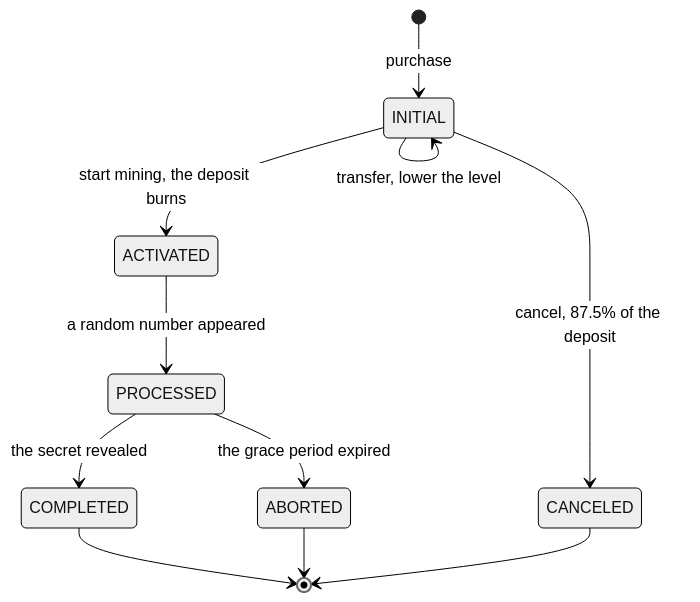
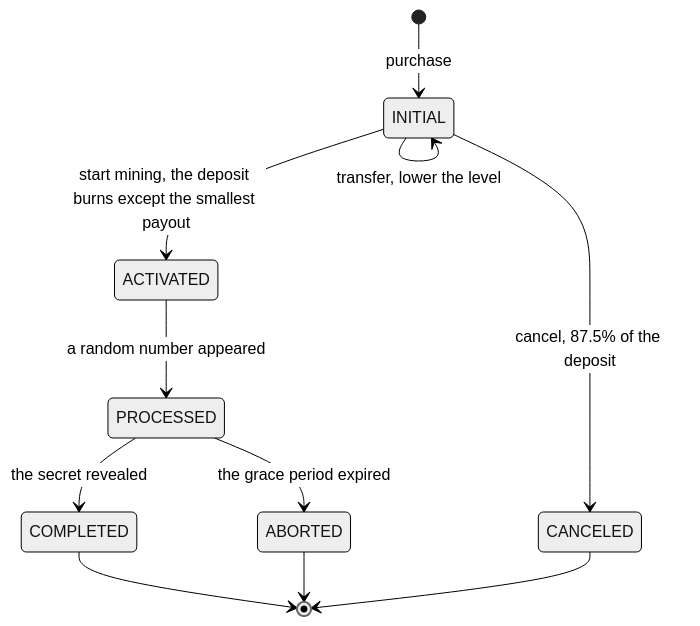
One commit to prdx-admin/prdx-docs changed the second of 4 diagrams in en/docs.md. Above: the diagram before and after it, drawn with Mermaid (neutral theme). The commit also changed other lines of this file and 1 other file, not shown here.

Commit message:
docs: mining burns the deposit except the smallest payout; the payout above it is issued

````diff
--- a/en/docs.md
+++ b/en/docs.md
@@ -302,13 +302,13 @@
 ```mermaid
 stateDiagram-v2
     [*] --> INITIAL: purchase
     INITIAL --> INITIAL: transfer, lower the level
     INITIAL --> CANCELED: cancel, 87.5% of the deposit
-    INITIAL --> ACTIVATED: start mining, the deposit burns
+    INITIAL --> ACTIVATED: start mining, the deposit burns except the smallest payout
     ACTIVATED --> PROCESSED: a random number appeared
     PROCESSED --> COMPLETED: the secret revealed
     PROCESSED --> ABORTED: the grace period expired
     COMPLETED --> [*]
     ABORTED --> [*]
     CANCELED --> [*]
 ```
````
